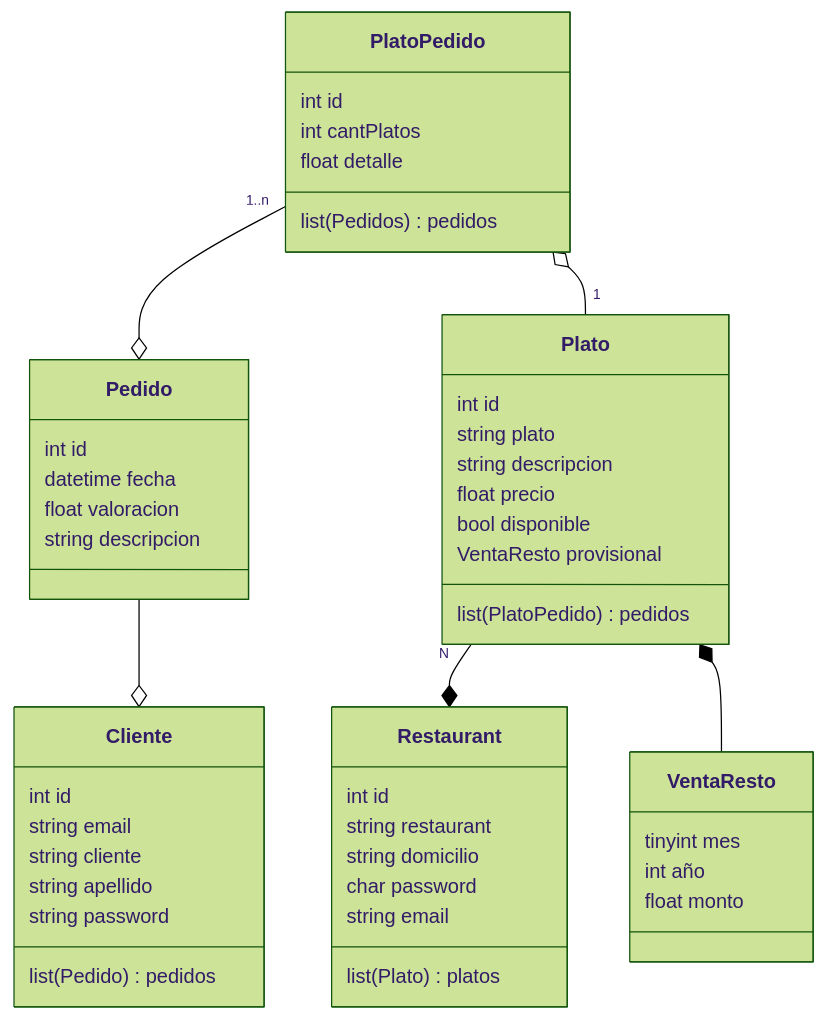
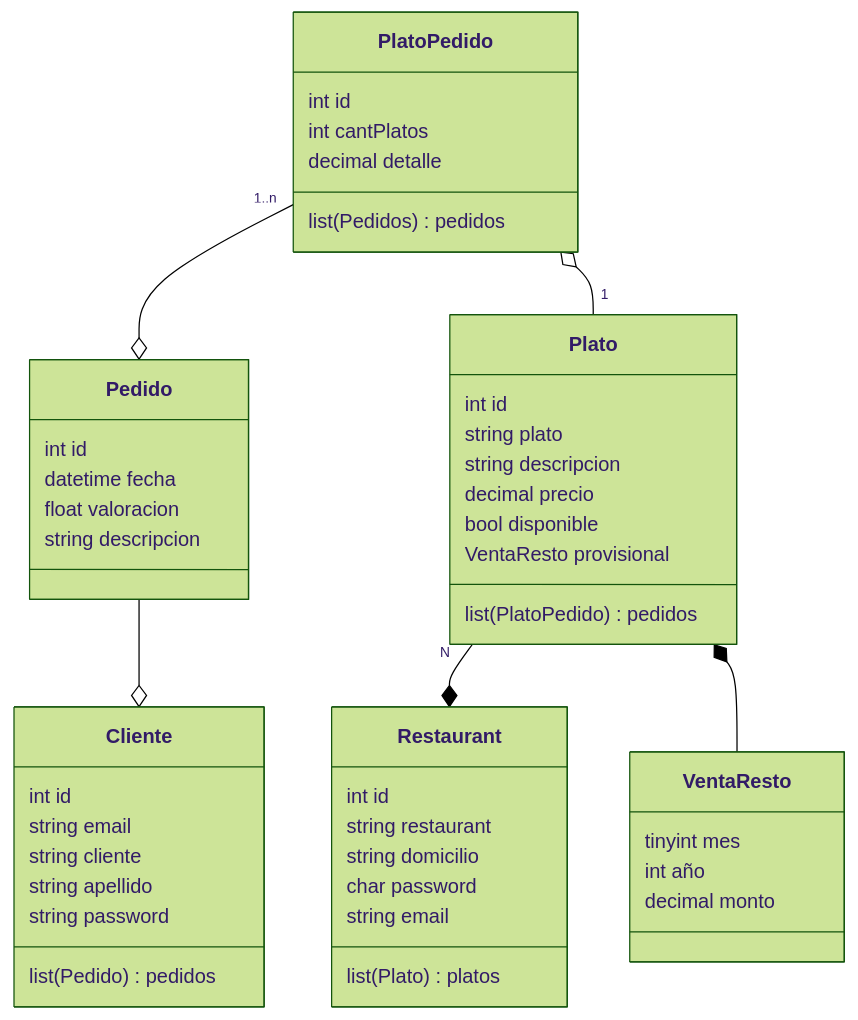
One commit to FranciscoBHF/Rapi_app changed the diagram in doc_C#/README.Md. Above: the diagram before and after it, drawn with Mermaid (forest theme).

````diff
--- a/doc_C#/README.Md
+++ b/doc_C#/README.Md
@@ -1,50 +1,50 @@
 ```mermaid
 classDiagram
     class Restaurant {
         int id
         string restaurant
         string domicilio
         char password
         string email 
         list(Plato) platos
     }
     class Plato{
         int id
         string plato
         string descripcion
-        float precio
+        decimal precio
         bool disponible
         VentaResto provisional
         list(PlatoPedido) pedidos
     }
     class Cliente{
         int id
         string email
         string cliente
         string apellido
         string password
         list(Pedido) pedidos
     }
     class Pedido{
         int id
         datetime fecha
         float valoracion
         string descripcion
     }
     class PlatoPedido{
         int id
         int cantPlatos
-        float detalle
+        decimal detalle
         list(Pedidos) pedidos
     }
     class VentaResto{
         tinyint mes
         int año
-        float monto
+        decimal monto
     }
     Pedido --o Cliente
     PlatoPedido "1..n" --o Pedido 
     PlatoPedido o-- "1" Plato
     Plato "N" --* Restaurant
     Plato *-- VentaResto
 ```
````
